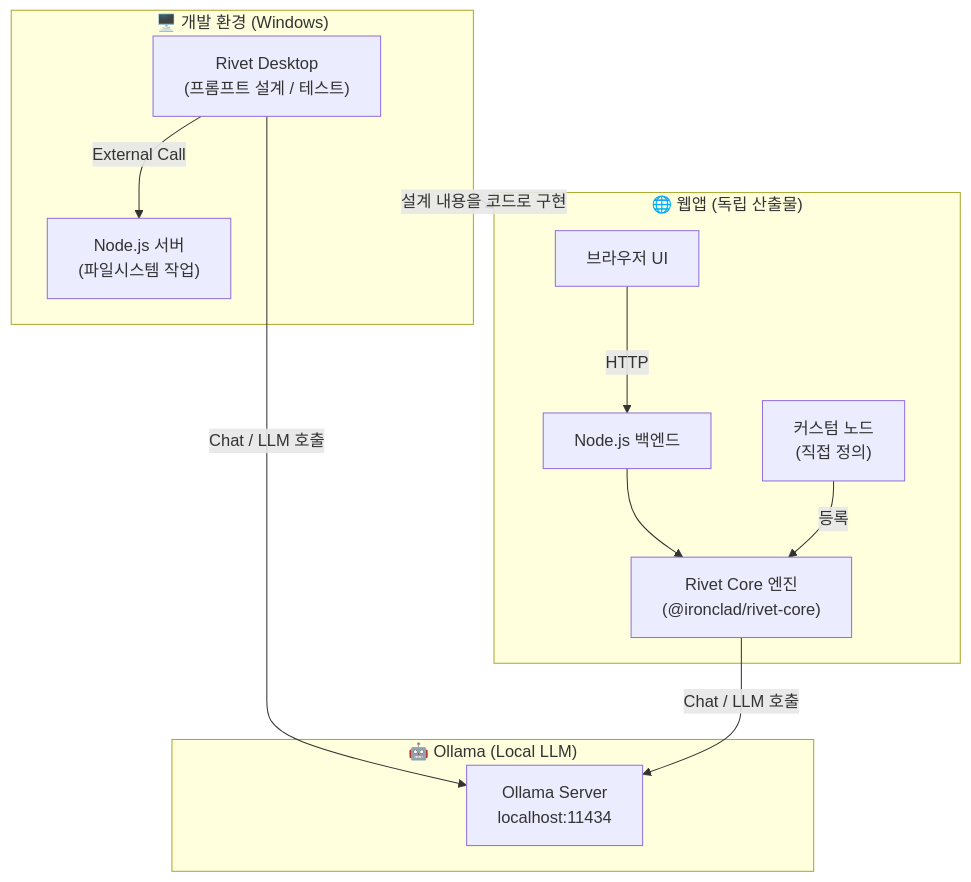
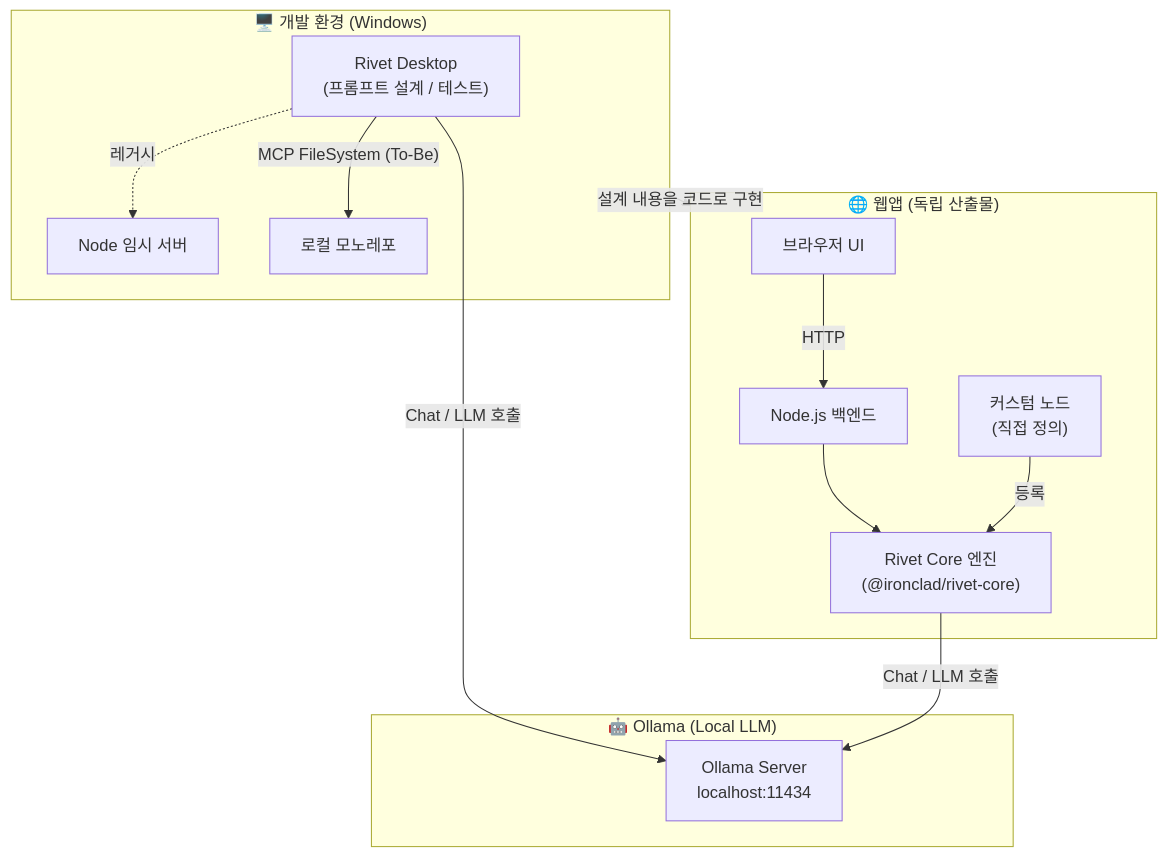
The first of 2 diagrams in NEXA-Platform/docs/Rivet/Rivet 파이프라인.md (U2SOUTION/NEXA), drawn with Mermaid before and after one commit. The commit also changed other lines of this file and 1 other file, not shown here.

Commit message:
리벳 다이어 그램 재구성

````diff
--- a/NEXA-Platform/docs/Rivet/Rivet 파이프라인.md
+++ b/NEXA-Platform/docs/Rivet/Rivet 파이프라인.md
@@ -5,27 +5,28 @@
 ```mermaid
 flowchart TD
     subgraph DEV["🖥️ 개발 환경 (Windows)"]
         RD["Rivet Desktop\n(프롬프트 설계 / 테스트)"]
         NJ["Node.js 서버\n(파일시스템 작업)"]
-        RD -->|"External Call"| NJ
+        RD -->|"MCP FileSystem (To-Be)"| FS["로컬 모노레포"]
+        RD -.->|"레거시"| NJ["Node 임시 서버"]
     end
 
     subgraph WEBAPP["🌐 웹앱 (독립 산출물)"]
         UI["브라우저 UI"]
         BE["Node.js 백엔드"]
         RC["Rivet Core 엔진\n(@ironclad/rivet-core)"]
         CN["커스텀 노드\n(직접 정의)"]
         UI -->|"HTTP"| BE
         BE --> RC
         CN -->|"등록"| RC
     end
 
     subgraph OLLAMA["🤖 Ollama (Local LLM)"]
         OL["Ollama Server\nlocalhost:11434"]
     end
 
     RD -->|"Chat / LLM 호출"| OL
     RC -->|"Chat / LLM 호출"| OL
 
     DEV -->|"설계 내용을 코드로 구현"| WEBAPP
 ```
````
